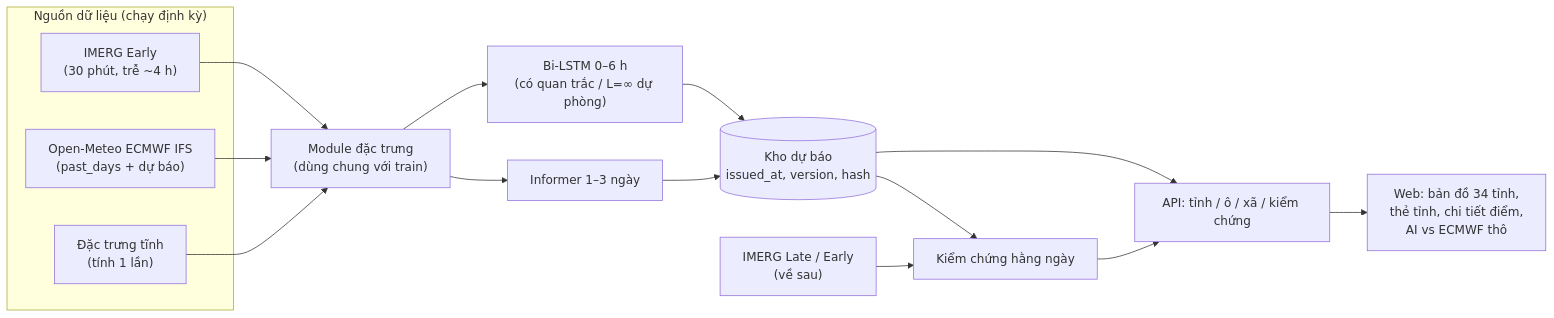
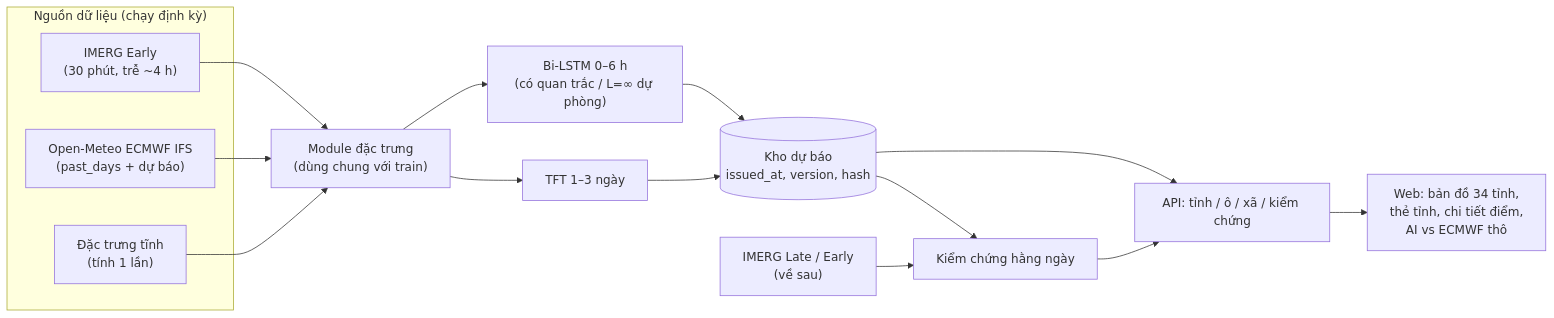
Before and after one commit to nibsu05/PBL6: the diagram in project_plan_v2.md, drawn with Mermaid. The commit also changed other lines of this file and 5 other files, not shown here.

````diff
--- a/project_plan_v2.md
+++ b/project_plan_v2.md
@@ -583,20 +604,20 @@
 ```mermaid
 flowchart LR
     subgraph IN["Nguồn dữ liệu (chạy định kỳ)"]
         O["IMERG Early\n(30 phút, trễ ~4 h)"]
         N["Open-Meteo ECMWF IFS\n(past_days + dự báo)"]
         S["Đặc trưng tĩnh\n(tính 1 lần)"]
     end
     O --> F["Module đặc trưng\n(dùng chung với train)"]
     N --> F
     S --> F
     F --> A["Bi-LSTM 0–6 h\n(có quan trắc / L=∞ dự phòng)"]
-    F --> B["Informer 1–3 ngày"]
+    F --> B["TFT 1–3 ngày"]
     A --> DB[("Kho dự báo\nissued_at, version, hash")]
     B --> DB
     DB --> API["API: tỉnh / ô / xã / kiểm chứng"]
     API --> UI["Web: bản đồ 34 tỉnh,\nthẻ tỉnh, chi tiết điểm,\nAI vs ECMWF thô"]
     L["IMERG Late / Early\n(về sau)"] --> V["Kiểm chứng hằng ngày"]
     DB --> V
     V --> API
 ```
````
